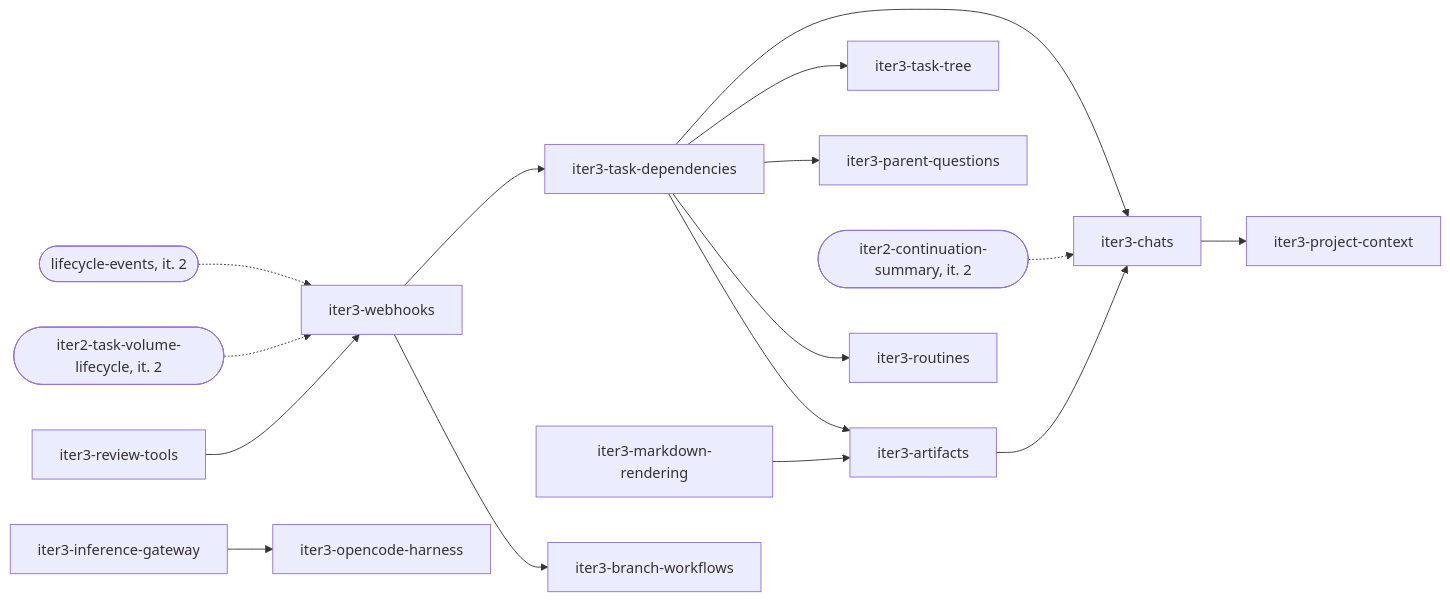
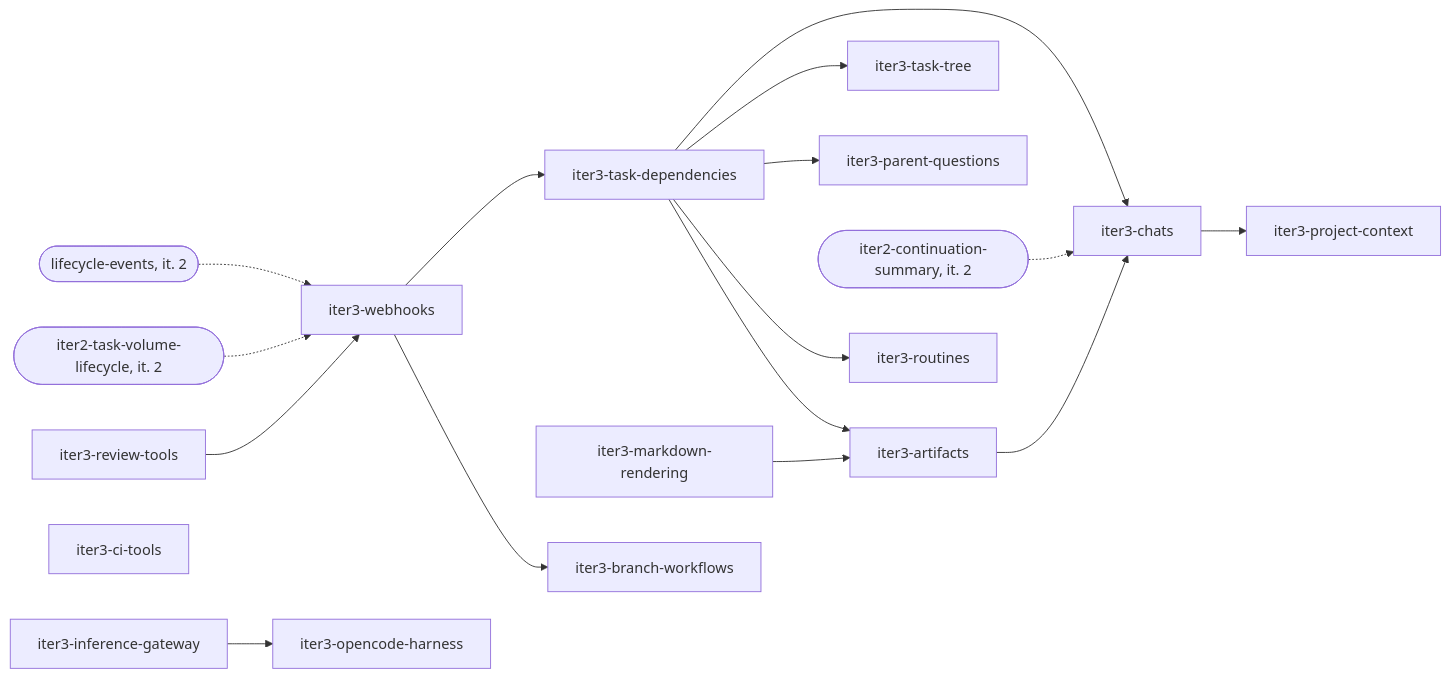
Before and after one commit to prskr/dark-factory: the diagram in product/iterations/iteration-3.md, drawn with Mermaid. The commit also changed other lines of this file and 9 other files, not shown here.

````diff
--- a/product/iterations/iteration-3.md
+++ b/product/iterations/iteration-3.md
@@ -35,18 +35,19 @@
 ```mermaid
 flowchart LR
   LE([lifecycle-events, it. 2]) -.-> WH
   TV([iter2-task-volume-lifecycle, it. 2]) -.-> WH
   RT[iter3-review-tools] --> WH[iter3-webhooks]
   WH --> TD[iter3-task-dependencies]
   TD --> CH[iter3-chats]
   CS([iter2-continuation-summary, it. 2]) -.-> CH
   CH --> PC[iter3-project-context]
   TD --> TT[iter3-task-tree]
   TD --> PQ[iter3-parent-questions]
   TD --> AR[iter3-artifacts]
   AR --> CH
   MR[iter3-markdown-rendering] --> AR
   WH --> BW[iter3-branch-workflows]
+  CI[iter3-ci-tools]
   TD --> RO[iter3-routines]
   IG[iter3-inference-gateway] --> OC[iter3-opencode-harness]
 ```
````
